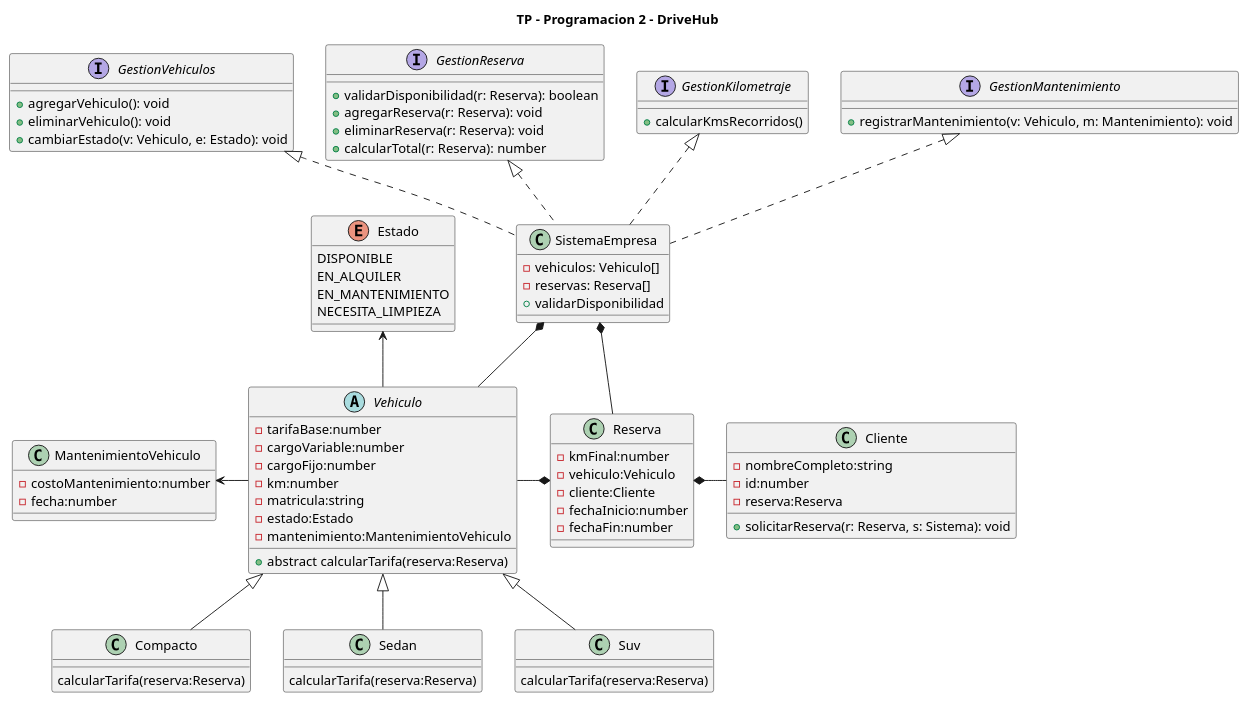
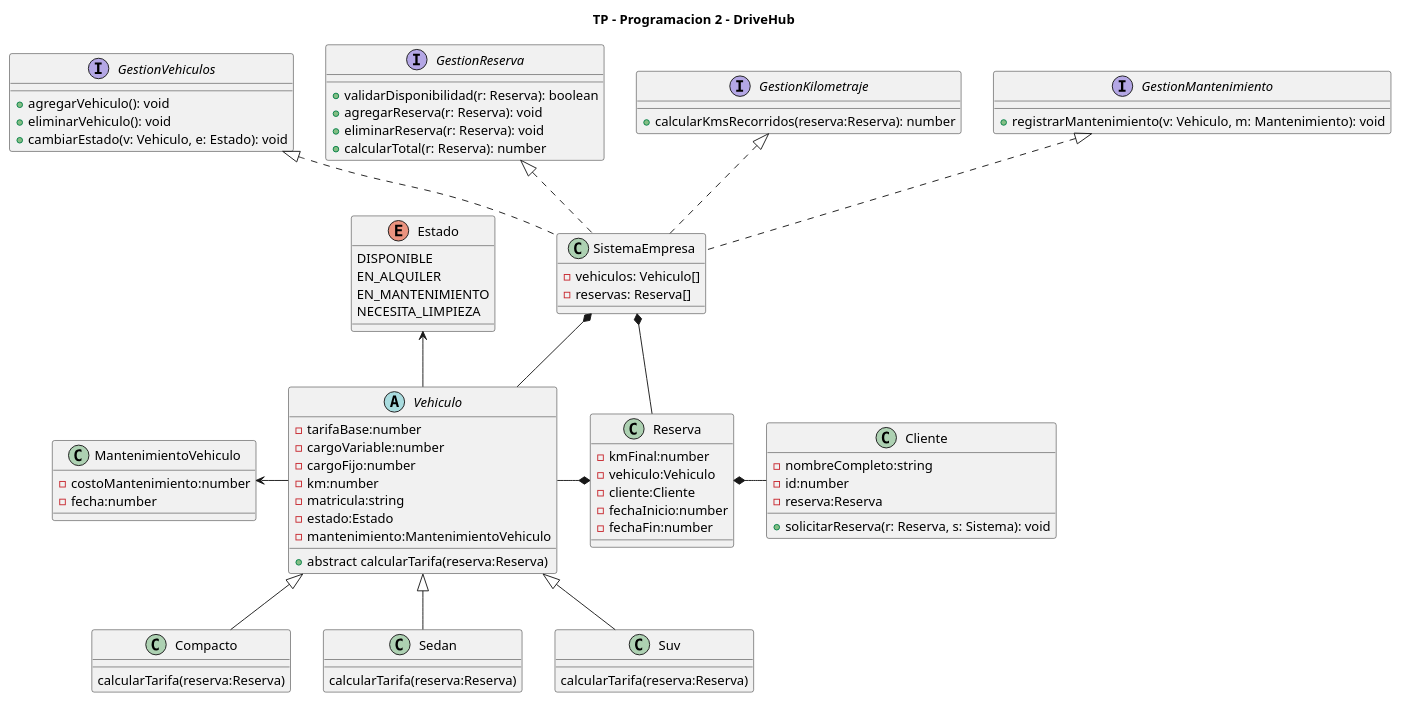
One commit to LauEroles/TP-Progra2-DriveHub changed the diagram in Diagramas/diagramaClases-DriveHub.puml. Above: the diagram before and after it, drawn with PlantUML.

Commit message:
eliminacion de validarDisponibilidad en sistema empresa, se implementa pero queda definida en la interfaz + agregado de reserva por parametro en interfaz gestionKilometraje metodo  gestionarKilometrosRecorridos

```diff
--- a/Diagramas/diagramaClases-DriveHub.puml
+++ b/Diagramas/diagramaClases-DriveHub.puml
@@ -1,158 +1,158 @@
 @startuml DriveHub
 
 title TP - Programacion 2 - DriveHub
 
 'Composicion
 
 
 class SistemaEmpresa{
     -vehiculos: Vehiculo[]
     -reservas: Reserva[]
-    +validarDisponibilidad
 }
 
 
 class Reserva{
     -kmFinal:number
     -vehiculo:Vehiculo
     -cliente:Cliente
     -fechaInicio:number
     -fechaFin:number
 }
 
 class Cliente{
 
     -nombreCompleto:string
     -id:number
     'El cliente puede instanciarse sin reserva por parametro, 
     'podemos setearla luego cuando se le asigna la reserva
     -reserva:Reserva
     + solicitarReserva(r: Reserva, s: Sistema): void  
 
 }
 
 'Herencia Vehiculo a sus clases hijas
 abstract class Vehiculo{
     
     -tarifaBase:number
     'Podria haber una clase cargo que nos permita manejar de manera
     'abstracta los cargos y luego en vehiculo tener una lista de cargos
     'que pueden ser variables o fijos y el dia de mañana 
     'para flexibilizar mas la solucion si se agregan nuevos vehiculos??
     -cargoVariable:number
     -cargoFijo:number
     -km:number
     -matricula:string
     -estado:Estado
     -mantenimiento:MantenimientoVehiculo
     +abstract calcularTarifa(reserva:Reserva)
 
 }
 
 class Compacto {
     'podemos usar constante en kmMax para aplicar cargo?
     calcularTarifa(reserva:Reserva)
 
 }
 
 class Sedan{
     calcularTarifa(reserva:Reserva)
 
 }
 
 class Suv{
 
  'o la otra opcion es colocar el cargo fijo (del seguro por aqui)
     calcularTarifa(reserva:Reserva)
 
 }
 
 'Atributo de vehiculo
 enum Estado{
     DISPONIBLE
     EN_ALQUILER
     EN_MANTENIMIENTO
     NECESITA_LIMPIEZA
 
 }
 
 'Atributo del vehiculo
 class MantenimientoVehiculo{
     -costoMantenimiento:number
     'usar libreria moment (refactor)
     -fecha:number
 }
 
 
 'Interfaces
 
 interface GestionVehiculos {
     + agregarVehiculo(): void  
     ' Agrega un vehiculo a la lista
     + eliminarVehiculo(): void  
     ' Elimina un vehiculo de la lista
     + cambiarEstado(v: Vehiculo, e: Estado): void  
     ' Le cambia el Estado (enum) a un vehiculo (a traves de su setter)
 }
 
 
 interface GestionReserva {
     + validarDisponibilidad(r: Reserva): boolean  
     ' Valida la disponibilidad del vehículo para las fechas solicitadas
     + agregarReserva(r: Reserva): void  
     ' Agrega una reserva a la lista
     + eliminarReserva(r: Reserva): void  
     ' Elimina una reserva de la lista
     + calcularTotal(r: Reserva): number  
     ' Podriamos calcular el total usando calcularCostoVariable() del vehiculo y sumar la tarifa base 
     ' (y costo fijo) aca, para que el vehiculo solo calcule su costo variable y no el total de la reserva
 }
 
 
 
 interface GestionKilometraje {
-    + calcularKmsRecorridos()
+    + calcularKmsRecorridos(reserva:Reserva): number  
+    ' Calcula los kms recorridos en una reserva (kmFinal - kmInicial)
     ' Esto lo sacaría tal vez y haría que Reserva tenga un método kmsRecorridos() que los calcule
     ' ya que ella misma posee kmInicial y kmFinal (seteado despues), y que calcularTotal() en GestionReserva llame a ese método
 }
 
 
 interface GestionMantenimiento {
     + registrarMantenimiento(v: Vehiculo, m: Mantenimiento): void  
     ' Si mas adelante nos solicita podemos ver si el auto requiere o no mantenimiento
     ' Le agrega un mantenimiento a un vehiculo
     ' Vehiculo podría tener un array de mantenimentos (tipo Mantenimiento) para tener registrados todos los que se le hacen
     ' Objeto mantenimento tiene fecha y costo (simil estructura de datos)
 }
 
 
 
 
 'Relaciones:
 
 'Herencia
 Vehiculo<|--Sedan
 Vehiculo<|--Suv
 Vehiculo<|--Compacto
 
 'Atributos de vehiculo
 Vehiculo-l->MantenimientoVehiculo
 Vehiculo-u->Estado
 
 'Composición
 Reserva*-r- Cliente
 Reserva*-l- Vehiculo
 SistemaEmpresa*-- Vehiculo
 SistemaEmpresa*-- Reserva
 
 
 'Implementacion interfaces:
 GestionVehiculos<|..SistemaEmpresa
 GestionReserva<|..SistemaEmpresa
 GestionKilometraje<|..SistemaEmpresa
 GestionMantenimiento<|..SistemaEmpresa
 
 
 
 
 @enduml
```
